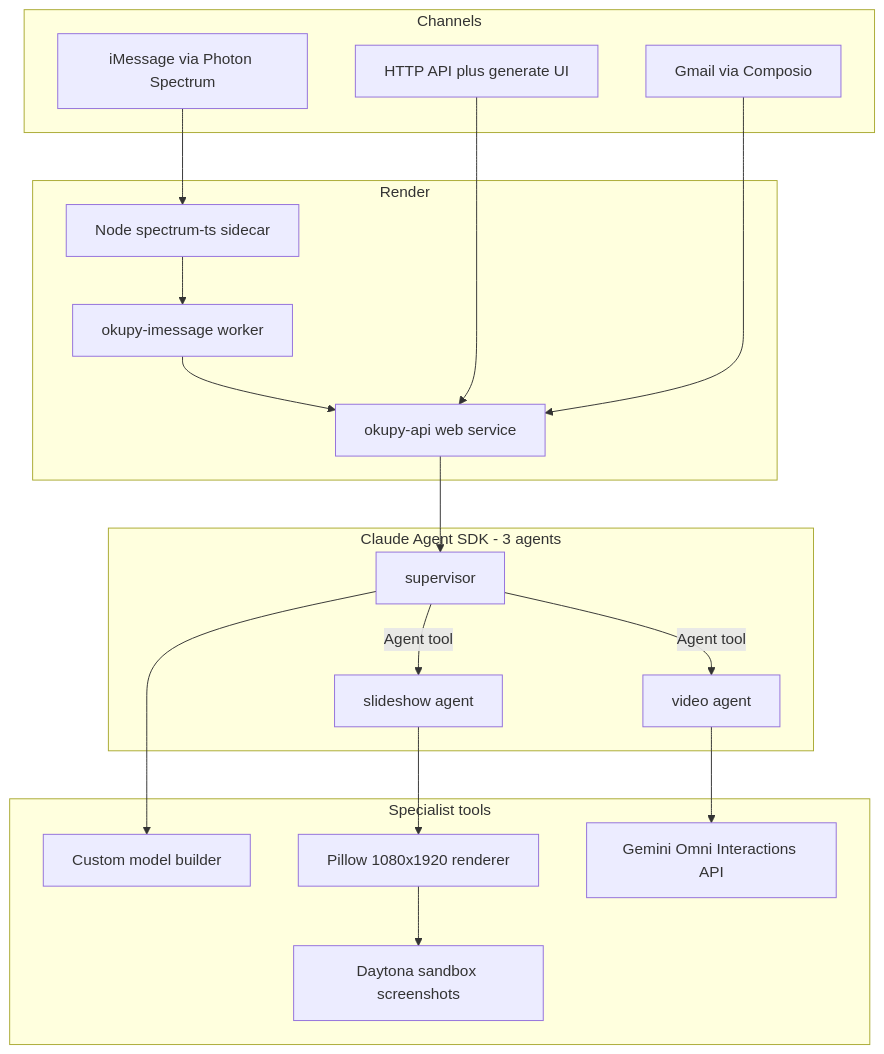
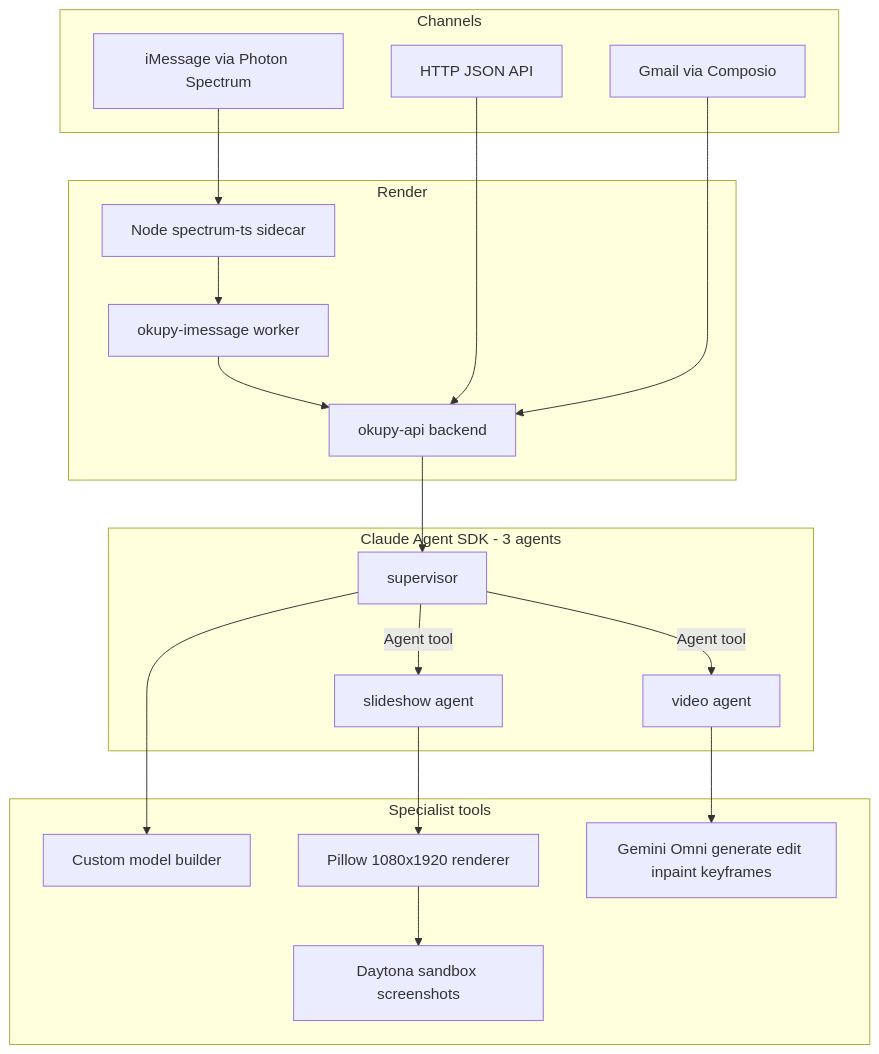
One commit to fozagtx/Okupy changed the first of 2 diagrams in docs/architecture.md. Above: the diagram before and after it, drawn with Mermaid. The commit also changed other lines of this file and 19 other files, not shown here.

First line of the commit message:
Make Okupy a backend API and add Omni video editing.

````diff
--- a/docs/architecture.md
+++ b/docs/architecture.md
@@ -14,37 +14,37 @@
 ```mermaid
 flowchart TB
   subgraph channels [Channels]
     IM[iMessage via Photon Spectrum]
-    HTTP[HTTP API plus generate UI]
+    HTTP[HTTP JSON API]
     GM[Gmail via Composio]
   end
 
   subgraph render [Render]
-    WEB[okupy-api web service]
+    WEB[okupy-api backend]
     WRK[okupy-imessage worker]
     SIDECAR[Node spectrum-ts sidecar]
   end
 
   subgraph agents [Claude Agent SDK - 3 agents]
     SUP[supervisor]
     SL[slideshow agent]
     VID[video agent]
   end
 
   subgraph tools [Specialist tools]
     MB[Custom model builder]
     SLIDE[Pillow 1080x1920 renderer]
     DAY[Daytona sandbox screenshots]
-    OMNI[Gemini Omni Interactions API]
+    OMNI[Gemini Omni generate edit inpaint keyframes]
   end
 
   IM --> SIDECAR --> WRK --> WEB
   HTTP --> WEB
   GM --> WEB
   WEB --> SUP
   SUP -->|Agent tool| SL
   SUP -->|Agent tool| VID
   SUP --> MB
   SL --> SLIDE --> DAY
   VID --> OMNI
 ```
````
